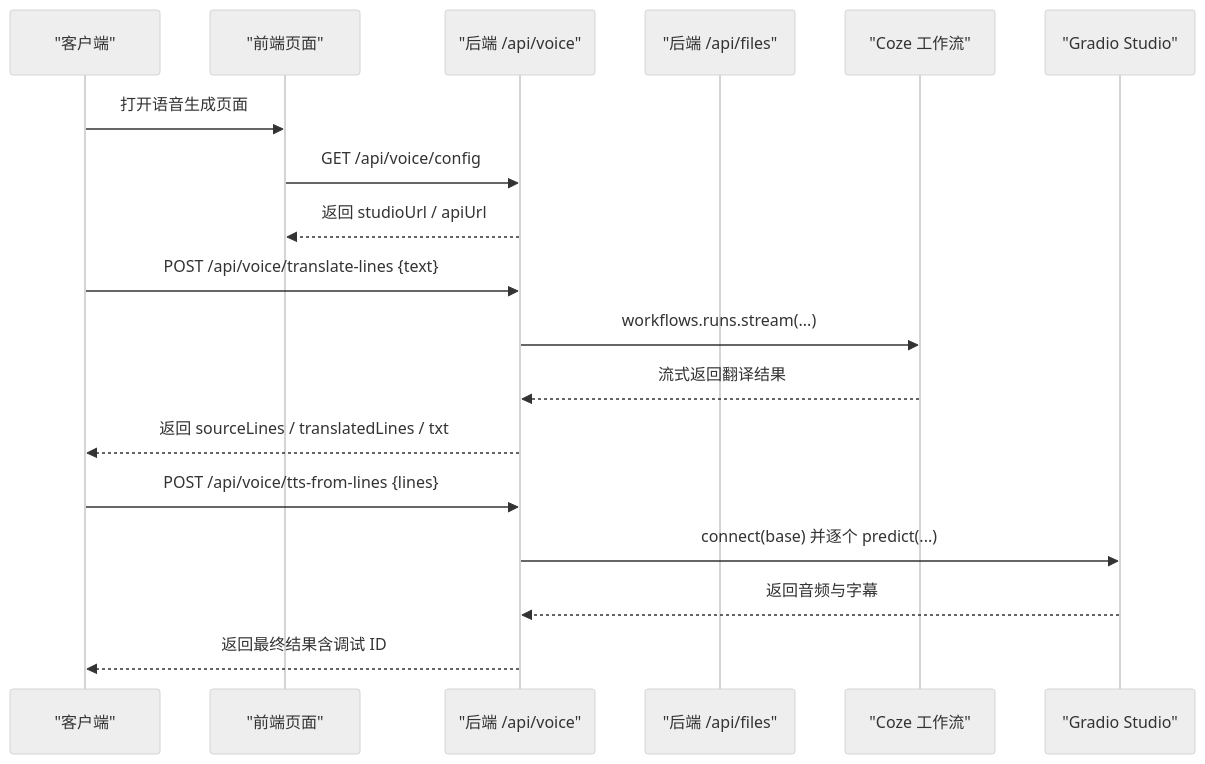
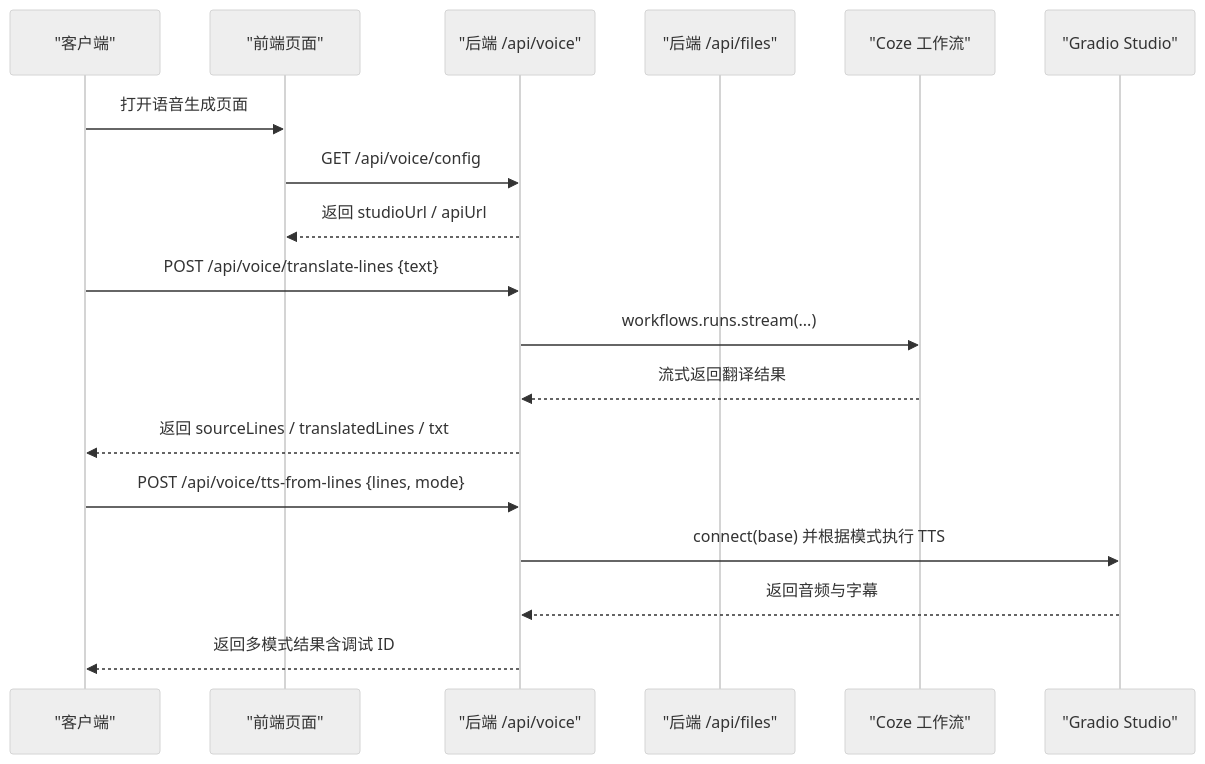
The fourth of 4 diagrams in .qoder/repowiki/zh/content/API 接口文档/语音生成接口.md (hanksd769-droid/sailshub), drawn with Mermaid (neutral theme) before and after one commit. The commit also changed other lines of this file and 4 other files, not shown here.

````diff
--- a/.qoder/repowiki/zh/content/API 接口文档/语音生成接口.md
+++ b/.qoder/repowiki/zh/content/API 接口文档/语音生成接口.md
@@ -346,20 +355,20 @@
 ```mermaid
 sequenceDiagram
 participant Client as "客户端"
 participant Web as "前端页面"
 participant VoiceAPI as "后端 /api/voice"
 participant FilesAPI as "后端 /api/files"
 participant Coze as "Coze 工作流"
 participant Studio as "Gradio Studio"
 Client->>Web : 打开语音生成页面
 Web->>VoiceAPI : GET /api/voice/config
 VoiceAPI-->>Web : 返回 studioUrl / apiUrl
 Client->>VoiceAPI : POST /api/voice/translate-lines {text}
 VoiceAPI->>Coze : workflows.runs.stream(...)
 Coze-->>VoiceAPI : 流式返回翻译结果
 VoiceAPI-->>Client : 返回 sourceLines / translatedLines / txt
-Client->>VoiceAPI : POST /api/voice/tts-from-lines {lines}
-VoiceAPI->>Studio : connect(base) 并逐个 predict(...)
+Client->>VoiceAPI : POST /api/voice/tts-from-lines {lines, mode}
+VoiceAPI->>Studio : connect(base) 并根据模式执行 TTS
 Studio-->>VoiceAPI : 返回音频与字幕
-VoiceAPI-->>Client : 返回最终结果含调试 ID
+VoiceAPI-->>Client : 返回多模式结果含调试 ID
 ```
````
